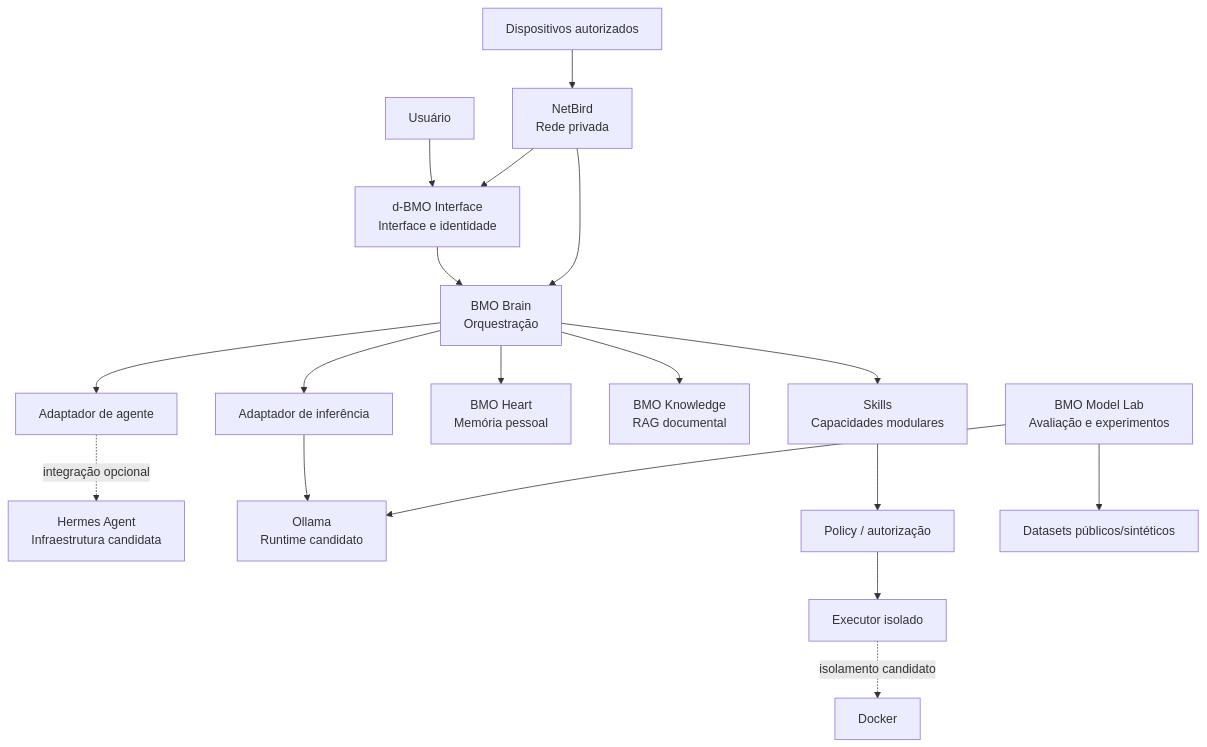
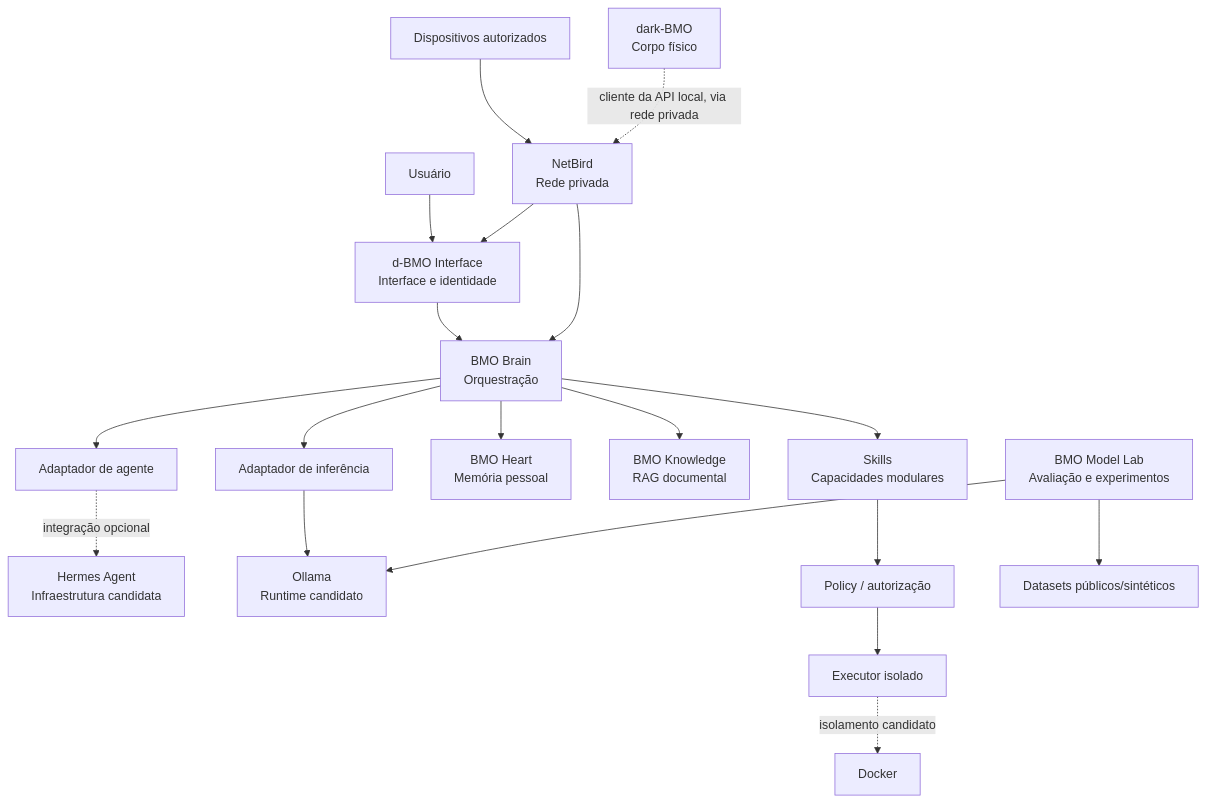
One commit to resende-g/BMO changed the diagram in ARCHITECTURE.md. Above: the diagram before and after it, drawn with Mermaid. The commit also changed other lines of this file and 4 other files, not shown here.

Commit message:
docs: link the d-BMO assistant to its dark-BMO hardware

````diff
--- a/ARCHITECTURE.md
+++ b/ARCHITECTURE.md
@@ -22,20 +22,21 @@
 ```mermaid
 flowchart TB
     U[Usuário] --> UI[d-BMO Interface<br/>Interface e identidade]
     UI --> CORE[BMO Brain<br/>Orquestração]
     CORE --> ADAPTER[Adaptador de agente]
     ADAPTER -. integração opcional .-> H[Hermes Agent<br/>Infraestrutura candidata]
     CORE --> LLM[Adaptador de inferência]
     LLM --> O[Ollama<br/>Runtime candidato]
     CORE --> HEART[BMO Heart<br/>Memória pessoal]
     CORE --> KNOW[BMO Knowledge<br/>RAG documental]
     CORE --> SK[Skills<br/>Capacidades modulares]
     SK --> GATE[Policy / autorização]
     GATE --> BOX[Executor isolado]
     BOX -. isolamento candidato .-> D[Docker]
     LAB[BMO Model Lab<br/>Avaliação e experimentos] --> O
     LAB --> DATA[Datasets públicos/sintéticos]
     REMOTE[Dispositivos autorizados] --> NB[NetBird<br/>Rede privada]
     NB --> UI
     NB --> CORE
+    BODY[dark-BMO<br/>Corpo físico] -. cliente da API local, via rede privada .-> NB
 ```
````
